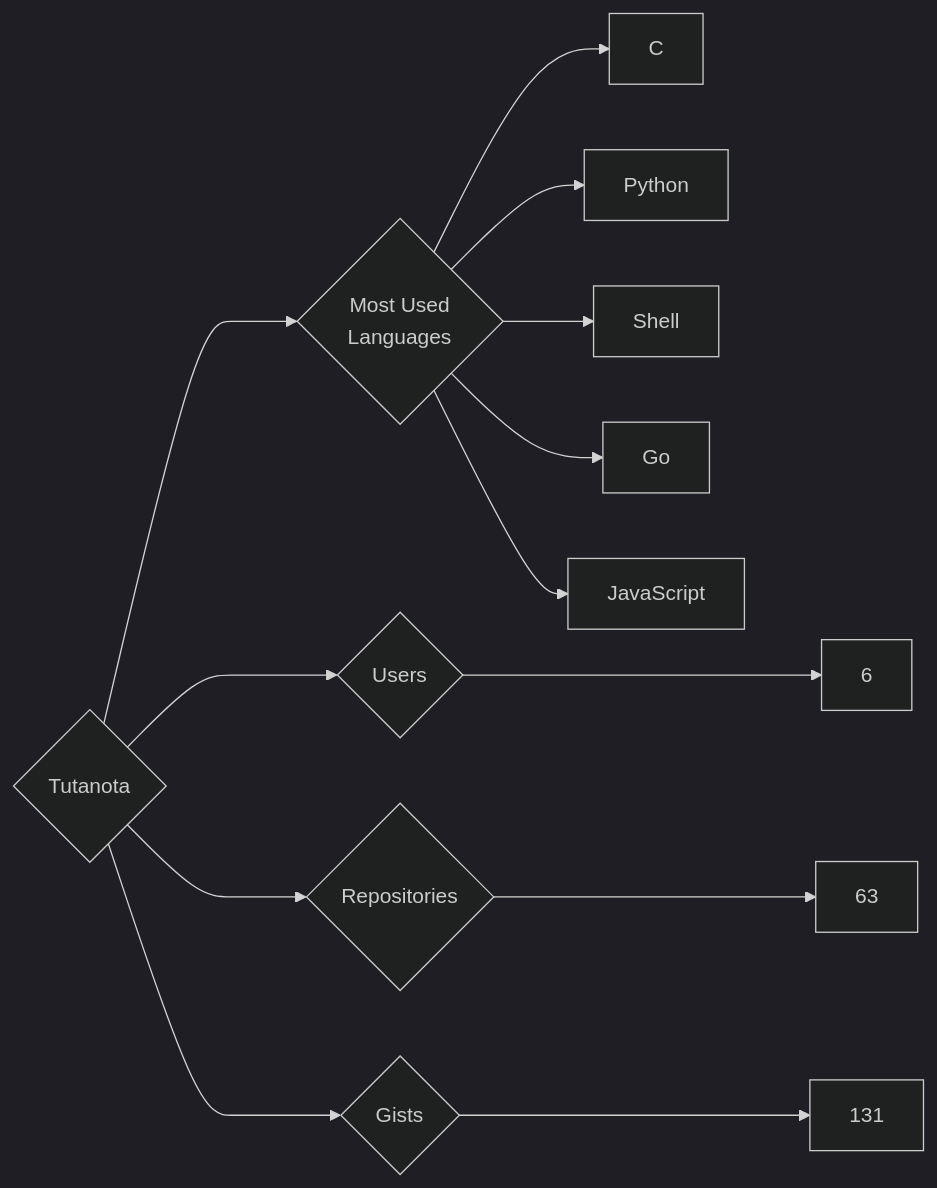
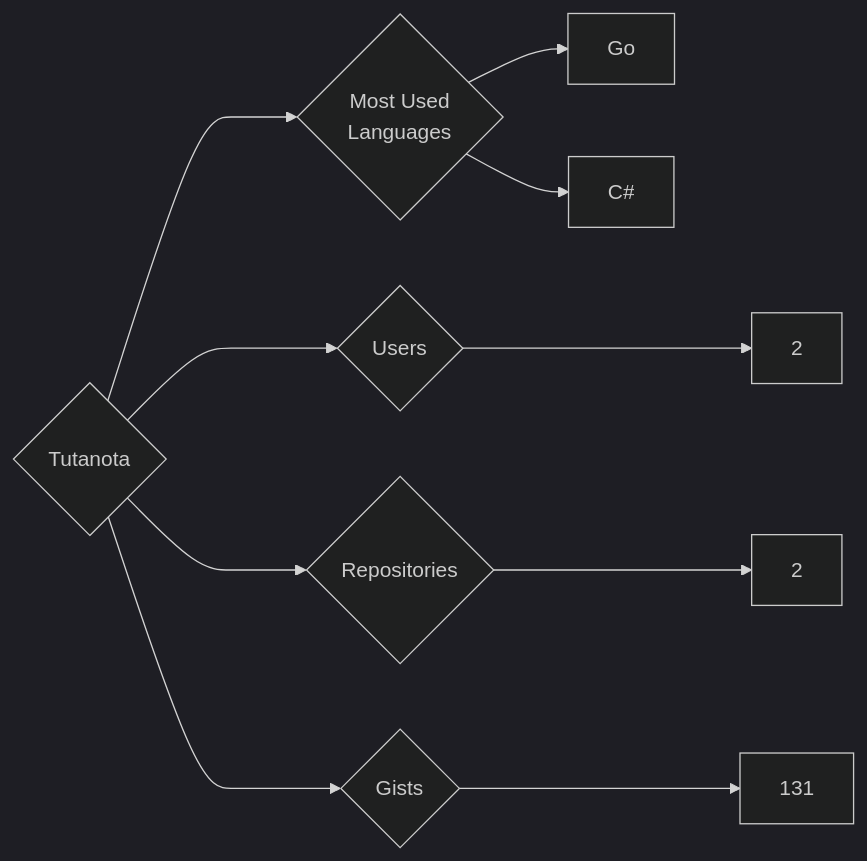
Before and after one commit to trickest/insiders: the diagram in targets/Tutanota/README.md, drawn with Mermaid (dark theme). The commit also changed 1508 other files, not shown here.

````diff
--- a/targets/Tutanota/README.md
+++ b/targets/Tutanota/README.md
@@ -3,13 +3,10 @@
 ```mermaid
 graph LR
 COMPANY_NAME{Tutanota}
-COMPANY_NAME ---> U{Users} ---> UN[6]
-COMPANY_NAME ---> R{Repositories} ---> RN[63]
+COMPANY_NAME ---> U{Users} ---> UN[2]
+COMPANY_NAME ---> R{Repositories} ---> RN[2]
 COMPANY_NAME ---> G{Gists} ---> GN[131]
 COMPANY_NAME ---> ML{Most Used<br>Languages}
-ML --> C[C]
-ML --> Python[Python]
-ML --> Shell[Shell]
 ML --> Go[Go]
-ML --> JavaScript[JavaScript]
+ML --> C#[C#]
 ```
````
